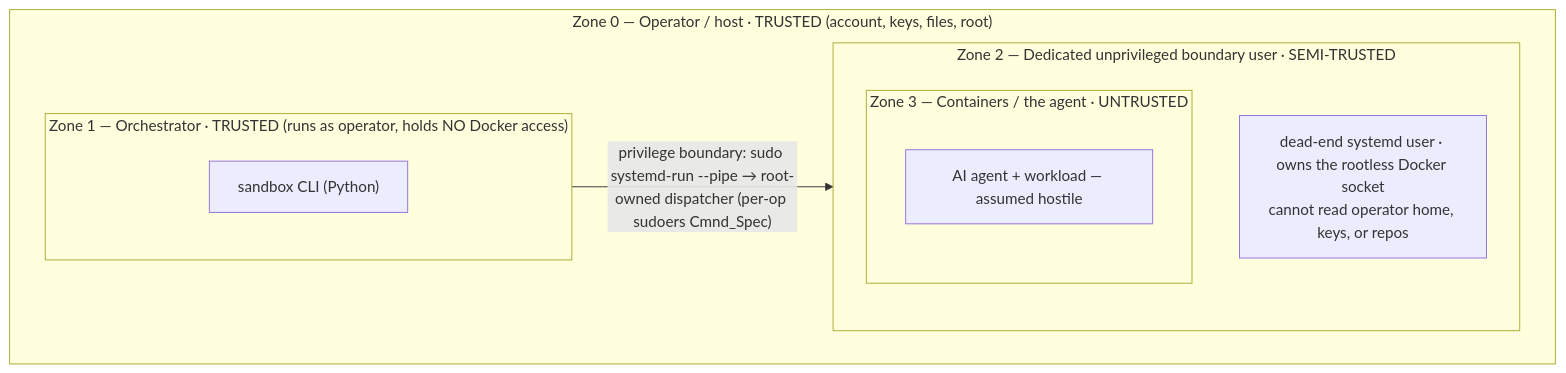
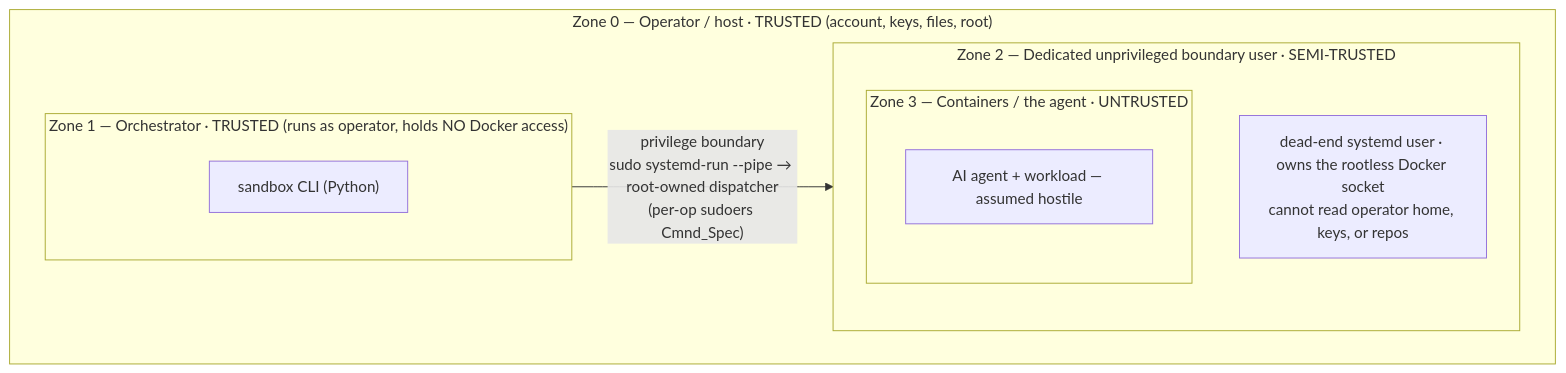
Before and after one commit to rafa-el-souza/sandbox-ai: the second of 4 diagrams in docs/security-model.md, drawn with Mermaid. The commit also changed other lines of this file, not shown here.

First line of the commit message:
docs(security-model): fix Mermaid trust-zone render — drop child→parent edge

````diff
--- a/docs/security-model.md
+++ b/docs/security-model.md
@@ -97,15 +98,15 @@
 ```mermaid
 flowchart TB
     subgraph Z0["Zone 0 — Operator / host · TRUSTED (account, keys, files, root)"]
         subgraph Z1["Zone 1 — Orchestrator · TRUSTED (runs as operator, holds NO Docker access)"]
             ORCH["sandbox CLI (Python)"]
         end
         subgraph Z2["Zone 2 — Dedicated unprivileged boundary user · SEMI-TRUSTED"]
             BU["dead-end systemd user · owns the rootless Docker socket<br/>cannot read operator home, keys, or repos"]
             subgraph Z3["Zone 3 — Containers / the agent · UNTRUSTED"]
                 AGENT["AI agent + workload — assumed hostile"]
             end
         end
     end
-    Z1 -->|"privilege boundary: sudo systemd-run --pipe → root-owned dispatcher (per-op sudoers Cmnd_Spec)"| Z2
+    Z1 -->|"privilege boundary<br/>sudo systemd-run --pipe → root-owned dispatcher<br/>(per-op sudoers Cmnd_Spec)"| Z2
 ```
````
